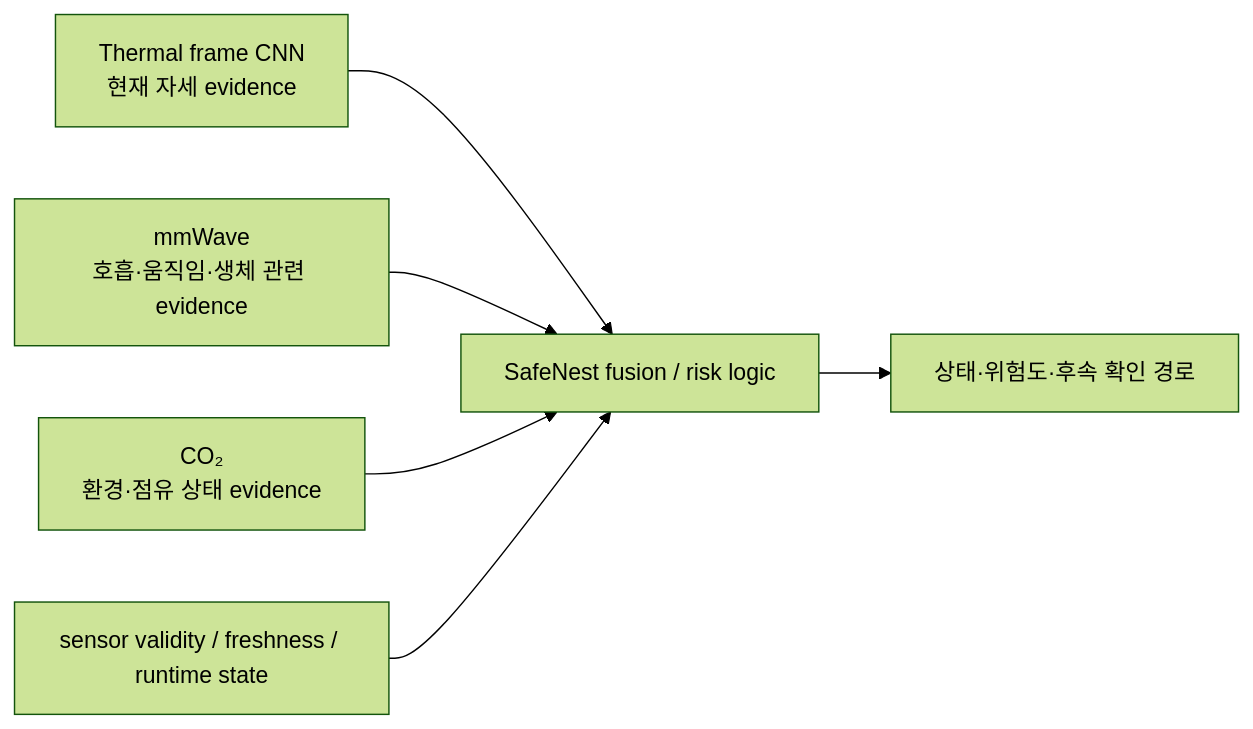
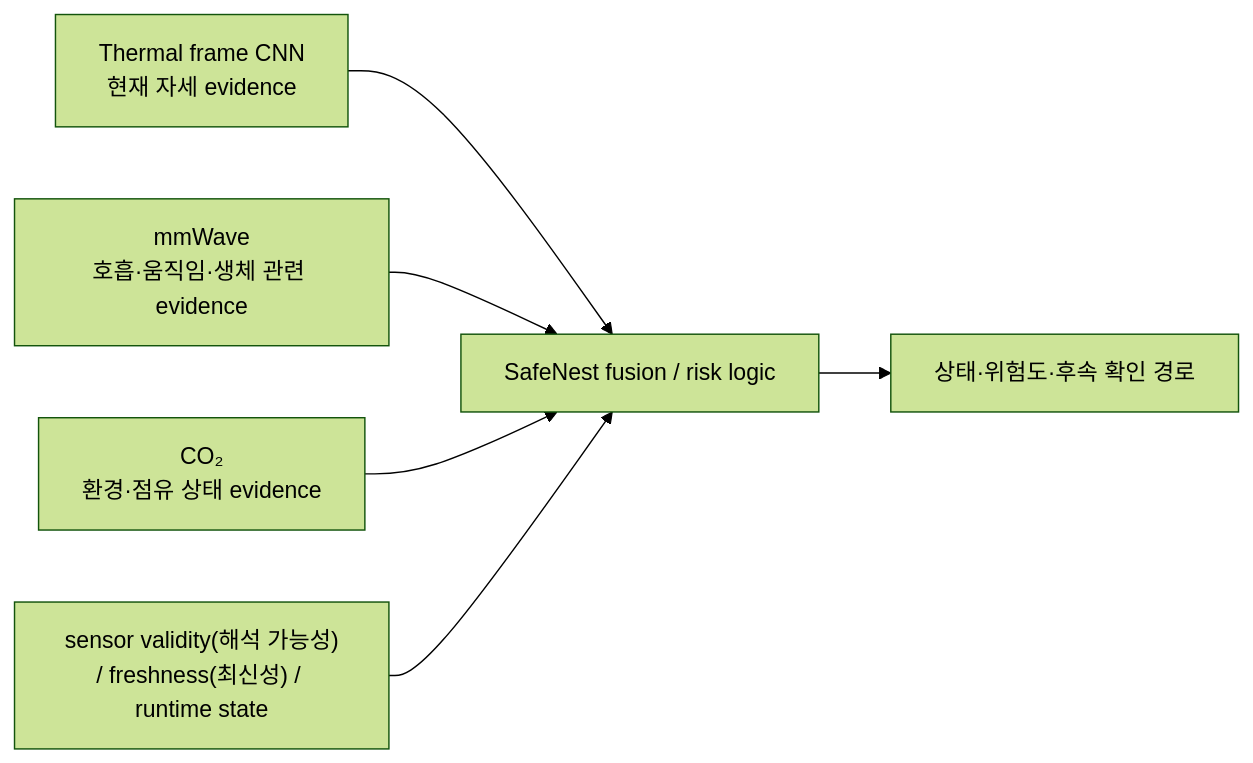
One commit to sheepmeat/test changed the second of 7 diagrams in docs/20260815_Codex_Thermal_Runtime_Temporal_Handoff_KO_01.md. Above: the diagram before and after it, drawn with Mermaid (forest theme). The commit also changed other lines of this file, not shown here.

Commit message:
docs: expand Thermal runtime handoff explanations

````diff
--- a/docs/20260815_Codex_Thermal_Runtime_Temporal_Handoff_KO_01.md
+++ b/docs/20260815_Codex_Thermal_Runtime_Temporal_Handoff_KO_01.md
@@ -154,8 +299,8 @@
 ```mermaid
 flowchart LR
     T["Thermal frame CNN<br/>현재 자세 evidence"] --> F["SafeNest fusion / risk logic"]
     M["mmWave<br/>호흡·움직임·생체 관련 evidence"] --> F
     C["CO₂<br/>환경·점유 상태 evidence"] --> F
-    S["sensor validity / freshness / runtime state"] --> F
+    S["sensor validity(해석 가능성)<br/>/ freshness(최신성) / runtime state"] --> F
     F --> R["상태·위험도·후속 확인 경로"]
 ```
````
